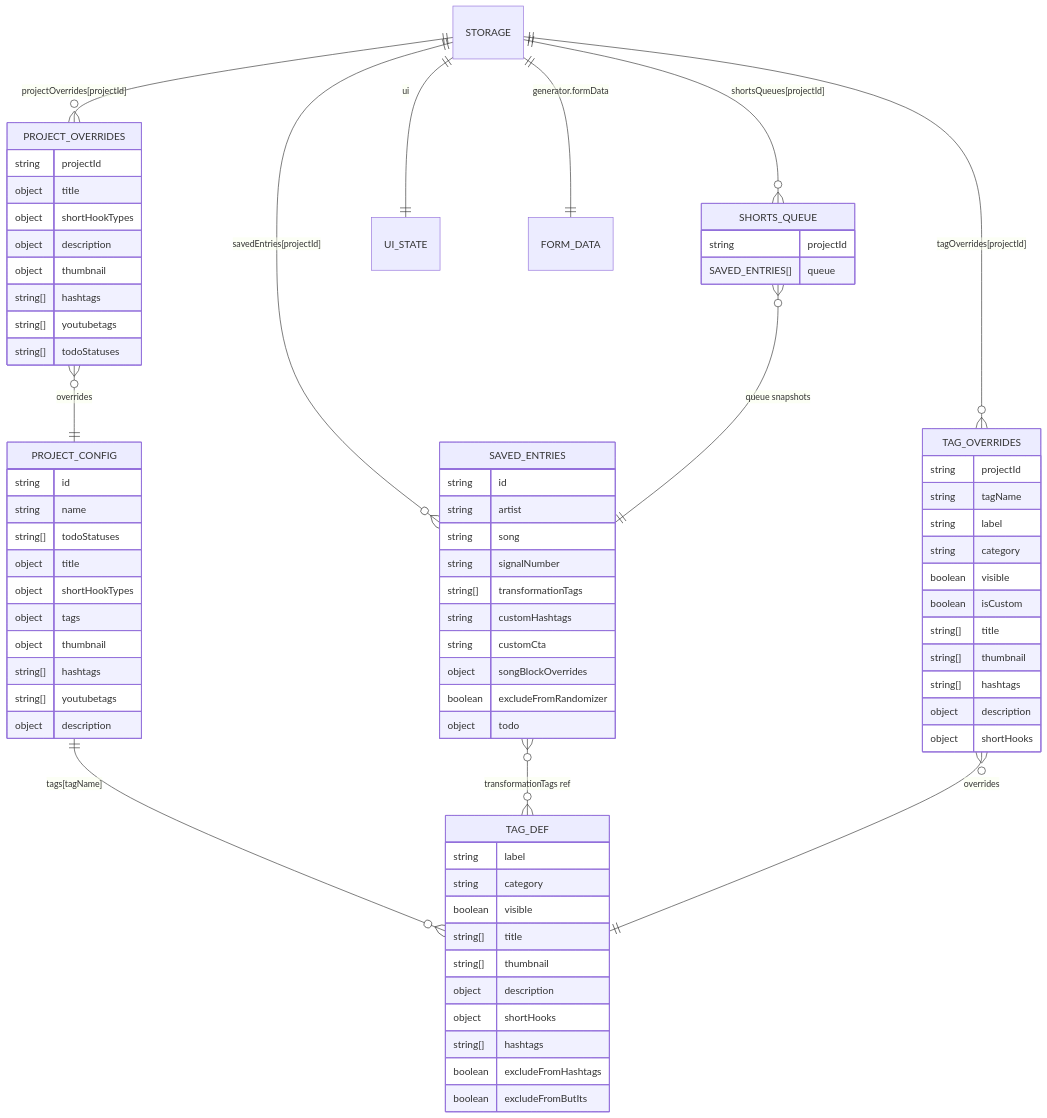
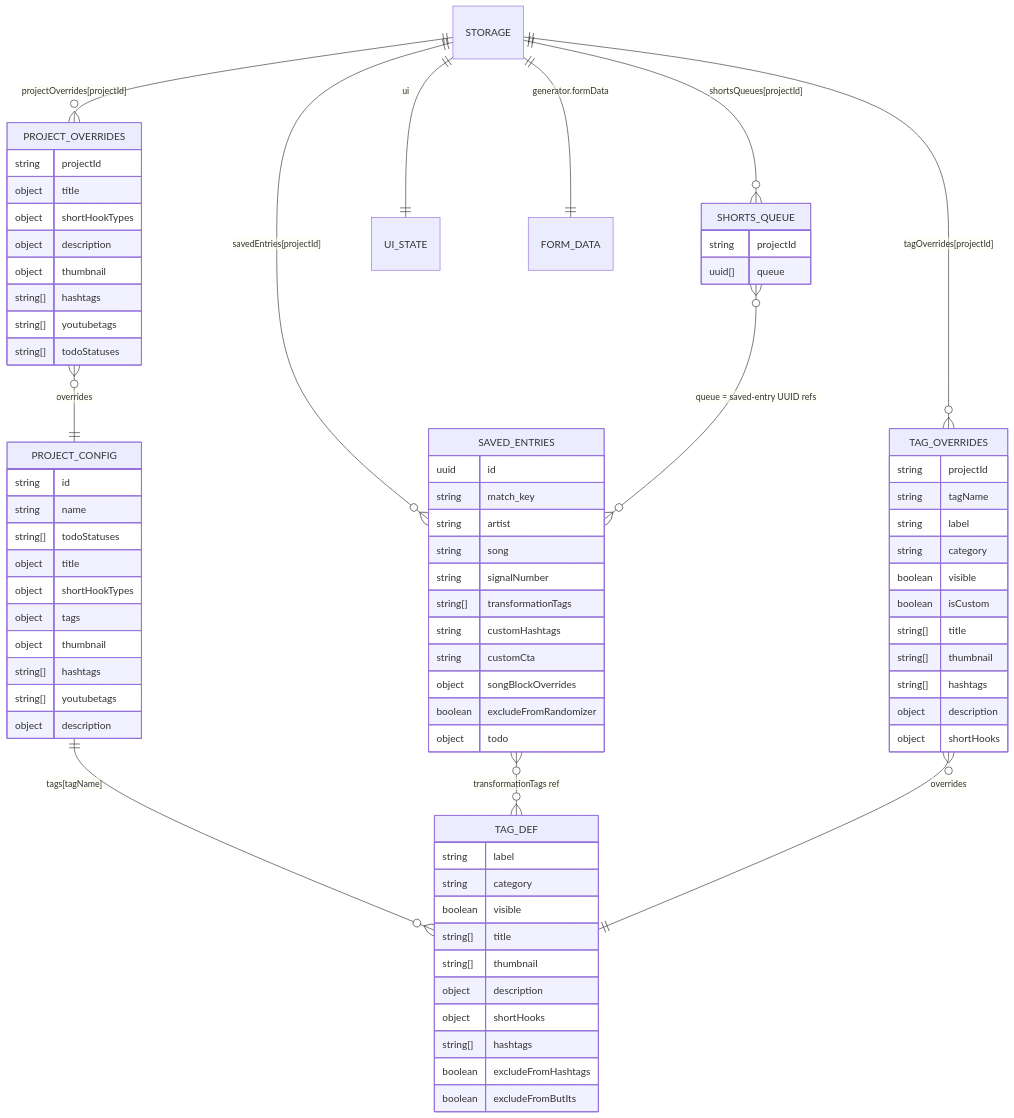
One commit to maxsoulfly/illegal-mind-generator changed the diagram in docs/data-model.md. Above: the diagram before and after it, drawn with Mermaid. The commit also changed other lines of this file and 5 other files, not shown here.

First line of the commit message:
docs+test: lock in the Saved Entry UUID identity model (Stage 5)

````diff
--- a/docs/data-model.md
+++ b/docs/data-model.md
@@ -1202,7 +1204,8 @@
     STORAGE ||--|| FORM_DATA : "generator.formData"
 
     SAVED_ENTRIES {
-        string id
+        uuid id
+        string match_key
         string artist
         string song
         string signalNumber
@@ -1216,7 +1219,7 @@
 
     SHORTS_QUEUE {
         string projectId
-        SAVED_ENTRIES[] queue
+        uuid[] queue
     }
 
     TAG_OVERRIDES {
@@ -1275,5 +1278,5 @@
     SAVED_ENTRIES }o--o{ TAG_DEF : "transformationTags ref"
     TAG_OVERRIDES }o--|| TAG_DEF : "overrides"
     PROJECT_OVERRIDES }o--|| PROJECT_CONFIG : "overrides"
-    SHORTS_QUEUE }o--|| SAVED_ENTRIES : "queue snapshots"
+    SHORTS_QUEUE }o--o{ SAVED_ENTRIES : "queue = saved-entry UUID refs"
 ```
````
